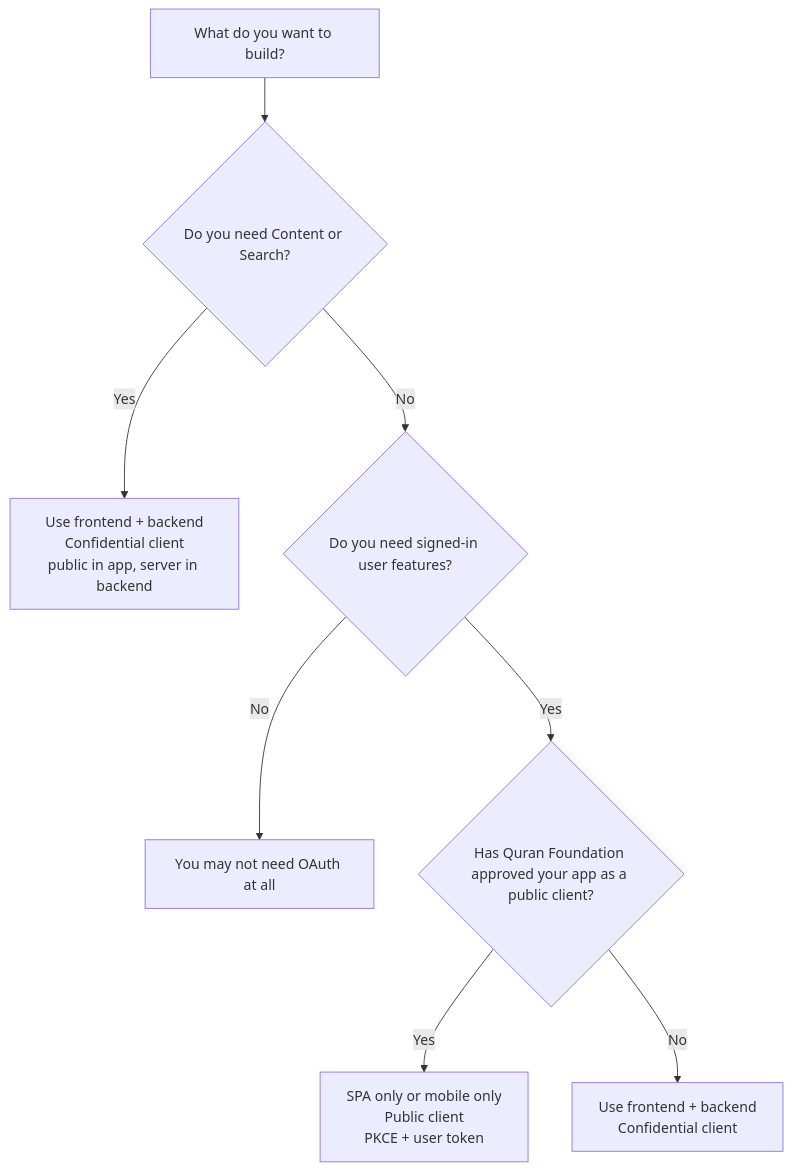
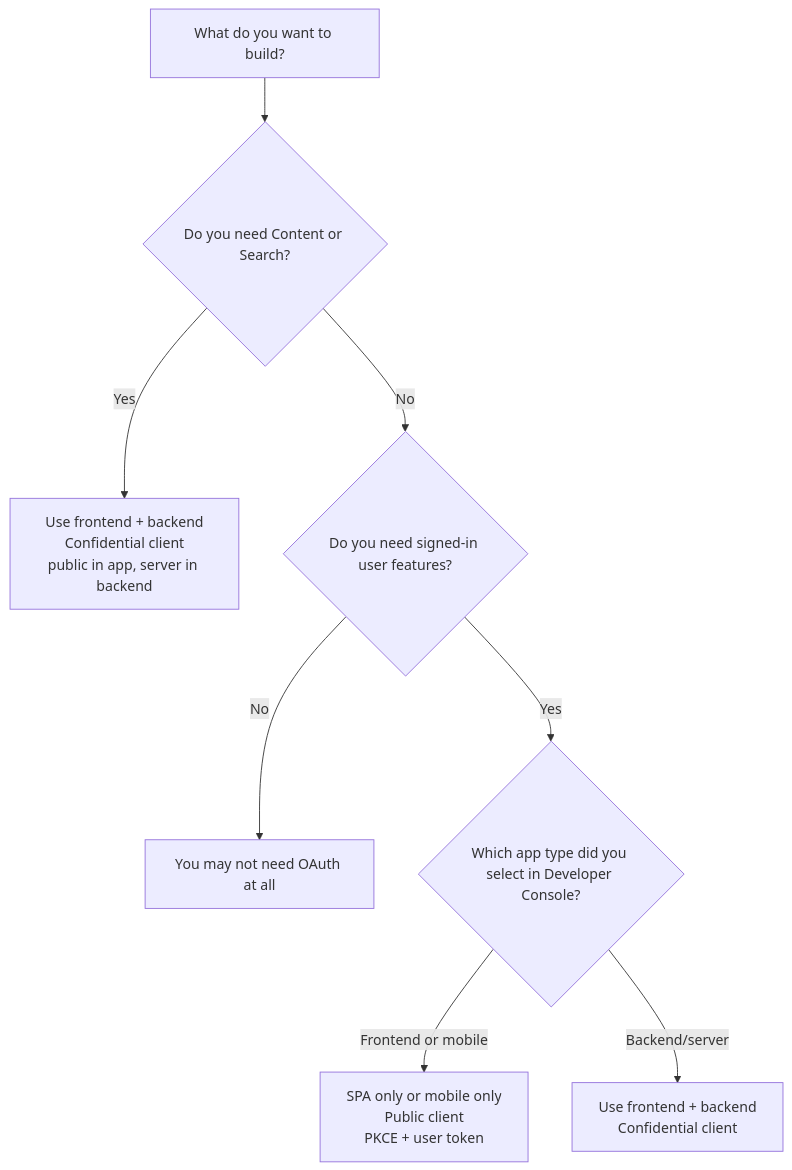
One commit to quran/qf-api-docs changed the diagram in docs/sdk/javascript/app-shapes.mdx. Above: the diagram before and after it, drawn with Mermaid. The commit also changed other lines of this file and 8 other files, not shown here.

Commit message:
Align SDK guides with Console app types

````diff
--- a/docs/sdk/javascript/app-shapes.mdx
+++ b/docs/sdk/javascript/app-shapes.mdx
@@ -27,10 +27,10 @@
 ```mermaid
 flowchart TD
   A["What do you want to build?"] --> B{"Do you need Content or Search?"}
   B -->|Yes| C["Use frontend + backend\nConfidential client\npublic in app, server in backend"]
   B -->|No| D{"Do you need signed-in user features?"}
   D -->|No| E["You may not need OAuth at all"]
-  D -->|Yes| F{"Has Quran Foundation approved your app as a public client?"}
-  F -->|Yes| G["SPA only or mobile only\nPublic client\nPKCE + user token"]
-  F -->|No| H["Use frontend + backend\nConfidential client"]
+  D -->|Yes| F{"Which app type did you select in Developer Console?"}
+  F -->|Frontend or mobile| G["SPA only or mobile only\nPublic client\nPKCE + user token"]
+  F -->|Backend/server| H["Use frontend + backend\nConfidential client"]
 ```
````
